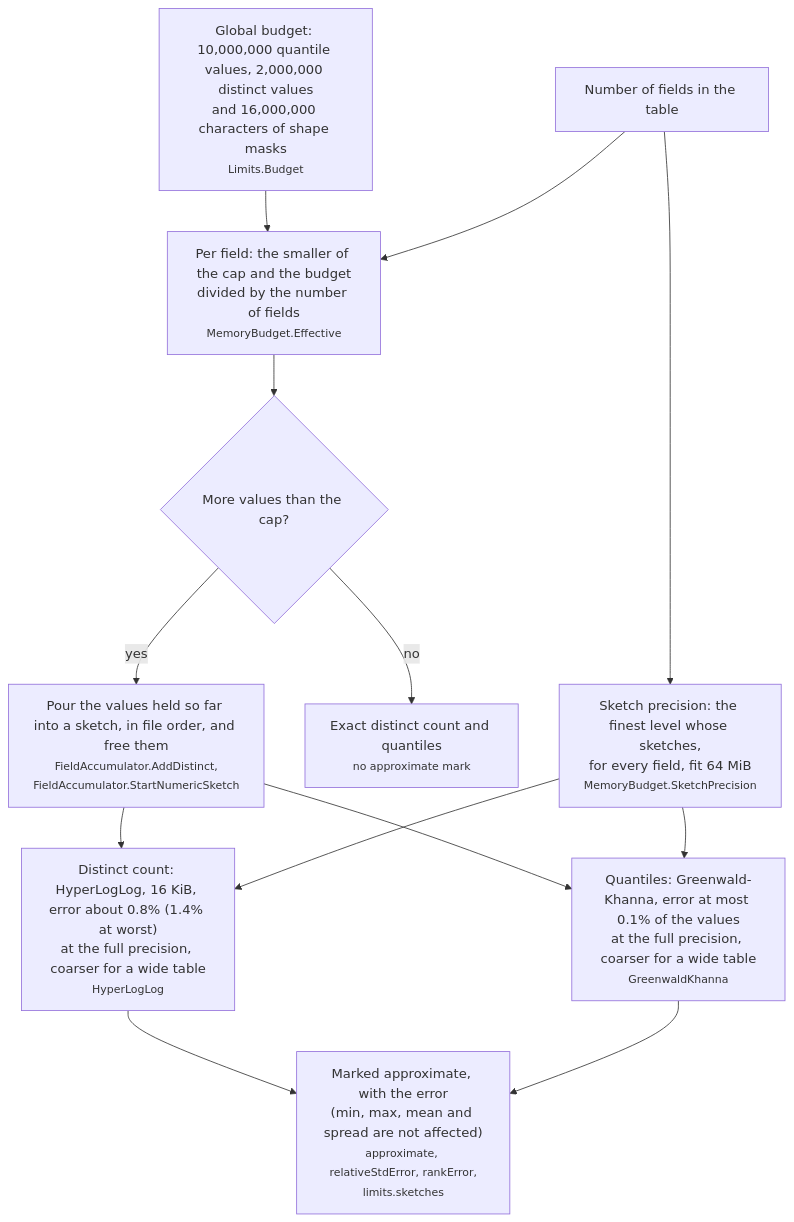
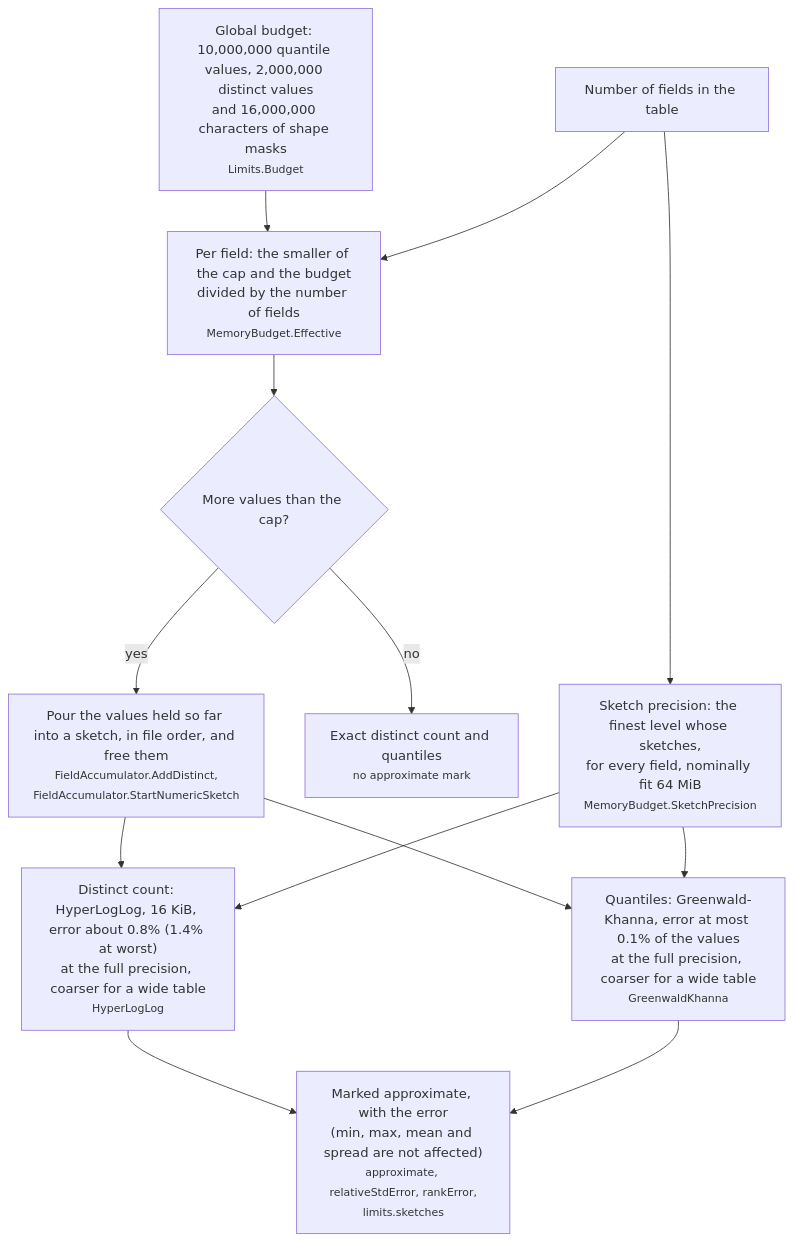
Before and after one commit to squalor-xyz/squalify: diagram 15 of 30 in docs/how-it-works.md, drawn with Mermaid. The commit also changed other lines of this file and 8 other files, not shown here.

````diff
--- a/docs/how-it-works.md
+++ b/docs/how-it-works.md
@@ -237,15 +237,15 @@
 ```mermaid
 flowchart TD
     B["Global budget: 10,000,000 quantile values, 2,000,000 distinct values<br/>and 16,000,000 characters of shape masks<br/><small>Limits.Budget</small>"] --> P["Per field: the smaller of the cap and the budget<br/>divided by the number of fields<br/><small>MemoryBudget.Effective</small>"]
     F["Number of fields in the table"] --> P
-    F --> Q["Sketch precision: the finest level whose sketches,<br/>for every field, fit 64 MiB<br/><small>MemoryBudget.SketchPrecision</small>"]
+    F --> Q["Sketch precision: the finest level whose sketches,<br/>for every field, nominally fit 64 MiB<br/><small>MemoryBudget.SketchPrecision</small>"]
     P --> X{"More values than the cap?"}
     X -- "no" --> Exact["Exact distinct count and quantiles<br/><small>no approximate mark</small>"]
     X -- "yes" --> Move["Pour the values held so far into a sketch, in file order, and free them<br/><small>FieldAccumulator.AddDistinct,<br/>FieldAccumulator.StartNumericSketch</small>"]
     Move --> Hll["Distinct count: HyperLogLog, 16 KiB, error about 0.8% (1.4% at worst)<br/>at the full precision, coarser for a wide table<br/><small>HyperLogLog</small>"]
     Move --> Gk["Quantiles: Greenwald-Khanna, error at most 0.1% of the values<br/>at the full precision, coarser for a wide table<br/><small>GreenwaldKhanna</small>"]
     Q --> Hll
     Q --> Gk
     Hll --> Ap["Marked approximate, with the error<br/>(min, max, mean and spread are not affected)<br/><small>approximate, relativeStdError, rankError,<br/>limits.sketches</small>"]
     Gk --> Ap
 ```
````
